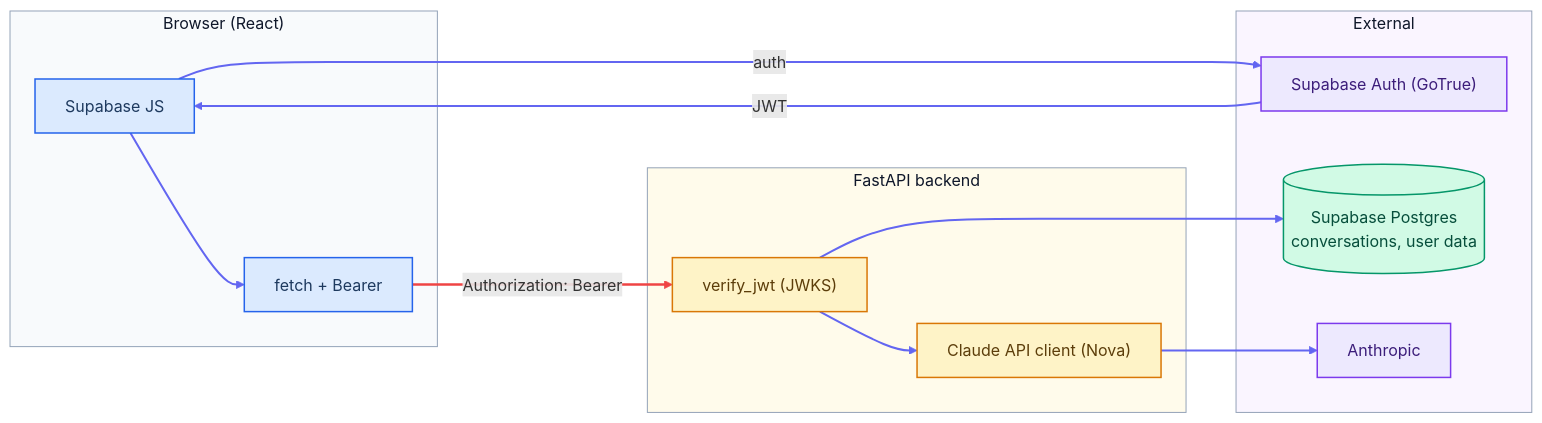
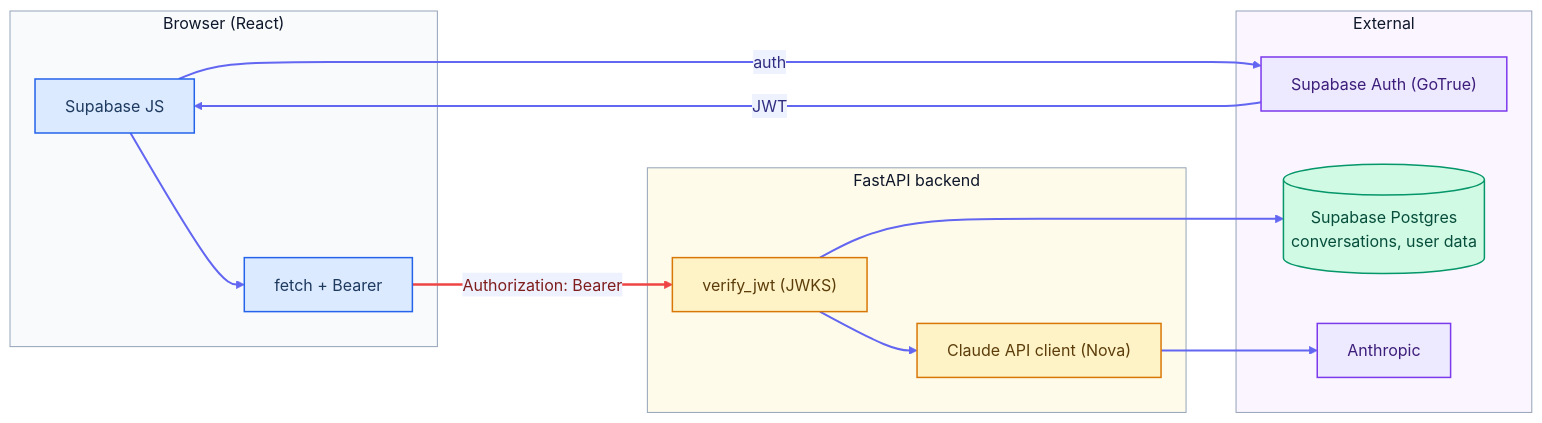
One commit to spolivin/novabank changed the diagram in README.md. Above: the diagram before and after it, drawn with Mermaid.

Commit message:
docs(readme): add background to diagram edge labels

````diff
--- a/README.md
+++ b/README.md
@@ -89,43 +89,44 @@
 ```mermaid
+%%{init: {"theme":"base","themeVariables":{"edgeLabelBackground":"#eef2ff","lineColor":"#6366f1"}}}%%
 flowchart LR
     subgraph browser["Browser (React)"]
         sdk["Supabase JS"]
         req["fetch + Bearer"]
     end
 
     subgraph backend["FastAPI backend"]
         jwt["verify_jwt (JWKS)"]
         nova["Claude API client (Nova)"]
     end
 
     subgraph external["External"]
         auth["Supabase Auth (GoTrue)"]
         db[("Supabase Postgres<br/>conversations, user data")]
         anthropic["Anthropic"]
     end
 
     sdk -- auth --> auth
     auth -- JWT --> sdk
     sdk --> req
     req -- "Authorization: Bearer" --> jwt
     jwt --> db
     jwt --> nova
     nova --> anthropic
 
     classDef client fill:#dbeafe,stroke:#2563eb,stroke-width:1.5px,color:#1e3a5f
     classDef server fill:#fef3c7,stroke:#d97706,stroke-width:1.5px,color:#5c3d0a
     classDef vendor fill:#ede9fe,stroke:#7c3aed,stroke-width:1.5px,color:#3c1d7a
     classDef store  fill:#d1fae5,stroke:#059669,stroke-width:1.5px,color:#064e3b
 
     class sdk,req client
     class jwt,nova server
     class auth,anthropic vendor
     class db store
 
     style browser  fill:#f8fafc,stroke:#94a3b8,stroke-width:1px,color:#0f172a
     style backend  fill:#fffbeb,stroke:#94a3b8,stroke-width:1px,color:#0f172a
     style external fill:#faf5ff,stroke:#94a3b8,stroke-width:1px,color:#0f172a
 
-    linkStyle 0,1,2,4,5,6 stroke:#6366f1,stroke-width:2px
-    linkStyle 3 stroke:#ef4444,stroke-width:2.5px
+    linkStyle 0,1,2,4,5,6 stroke:#6366f1,stroke-width:2px,color:#312e81
+    linkStyle 3 stroke:#ef4444,stroke-width:2.5px,color:#7f1d1d
 ```
````
